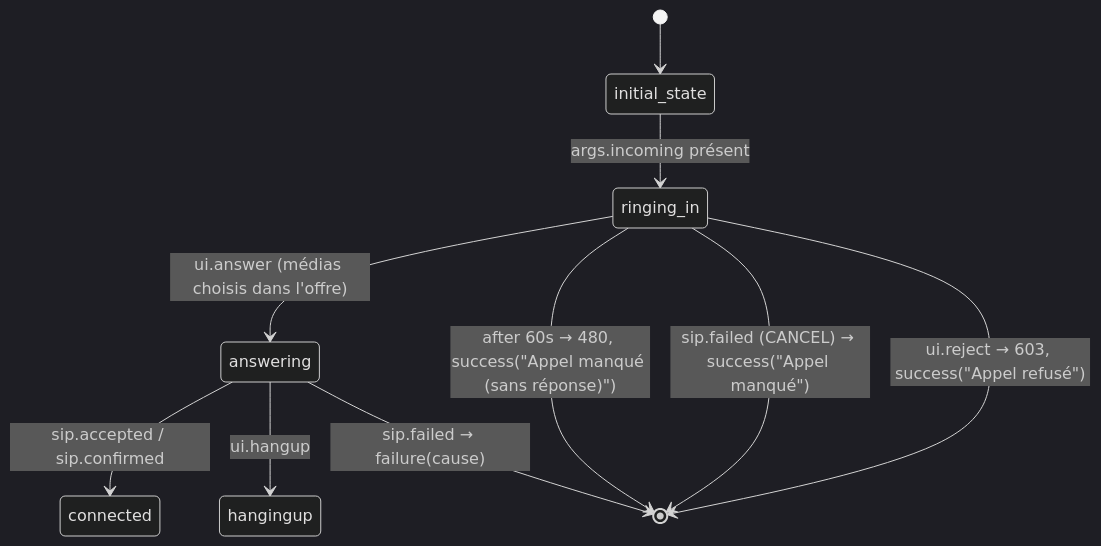
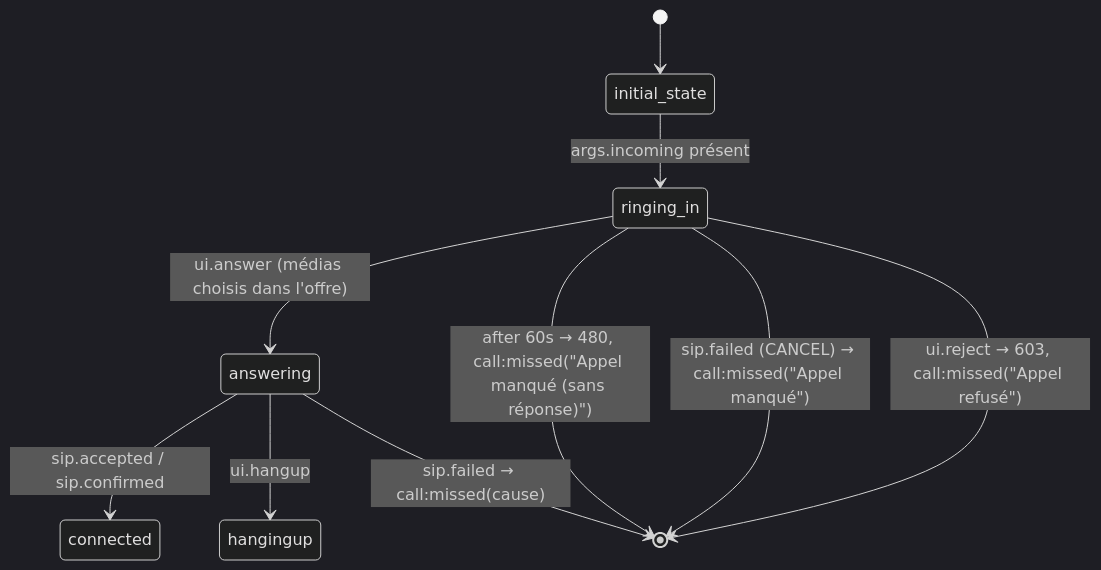
One commit to neutrino38/trix-web-client changed the third of 3 diagrams in docs/CONCEPTION.md. Above: the diagram before and after it, drawn with Mermaid (dark theme). The commit also changed other lines of this file and 14 other files, not shown here.

````diff
--- a/docs/CONCEPTION.md
+++ b/docs/CONCEPTION.md
@@ -158,12 +198,12 @@
 ```mermaid
 stateDiagram-v2
   [*] --> initial_state
   initial_state --> ringing_in : args.incoming présent
   ringing_in --> answering : ui.answer (médias choisis dans l'offre)
-  ringing_in --> [*] : ui.reject → 603, success("Appel refusé")
-  ringing_in --> [*] : sip.failed (CANCEL) → success("Appel manqué")
-  ringing_in --> [*] : after 60s → 480, success("Appel manqué (sans réponse)")
+  ringing_in --> [*] : ui.reject → 603, call:missed("Appel refusé")
+  ringing_in --> [*] : sip.failed (CANCEL) → call:missed("Appel manqué")
+  ringing_in --> [*] : after 60s → 480, call:missed("Appel manqué (sans réponse)")
   answering --> connected : sip.accepted / sip.confirmed
-  answering --> [*] : sip.failed → failure(cause)
+  answering --> [*] : sip.failed → call:missed(cause)
   answering --> hangingup : ui.hangup
 ```
````
